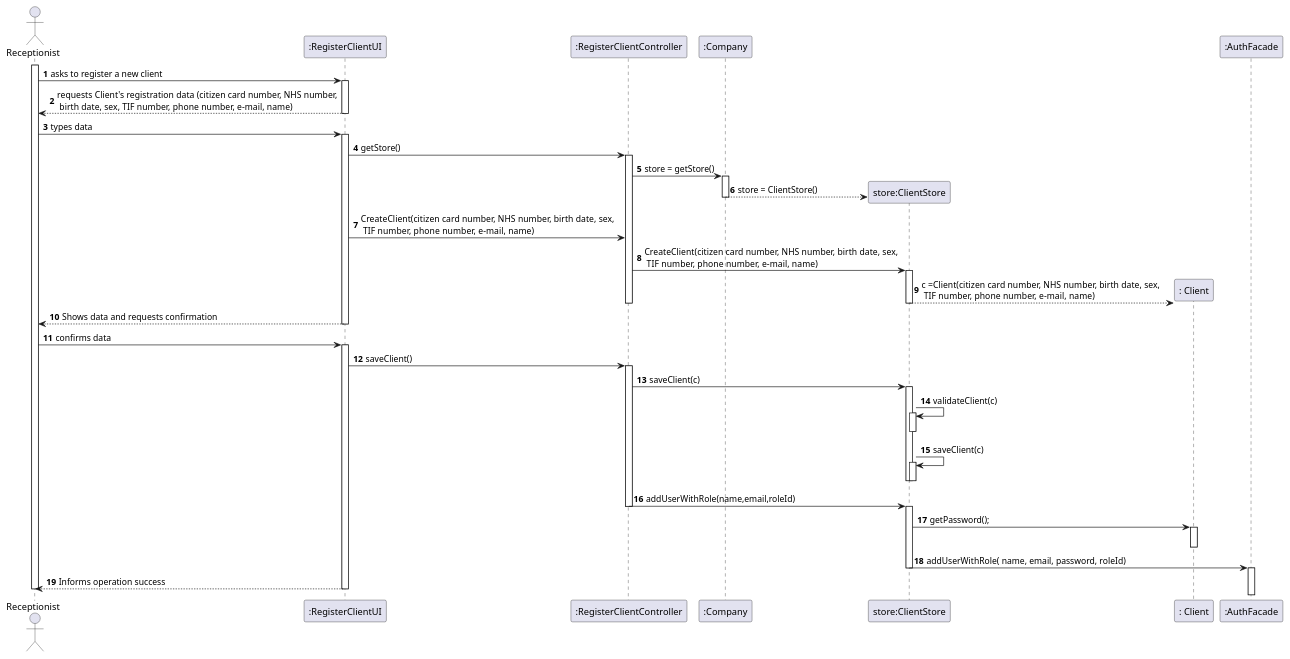
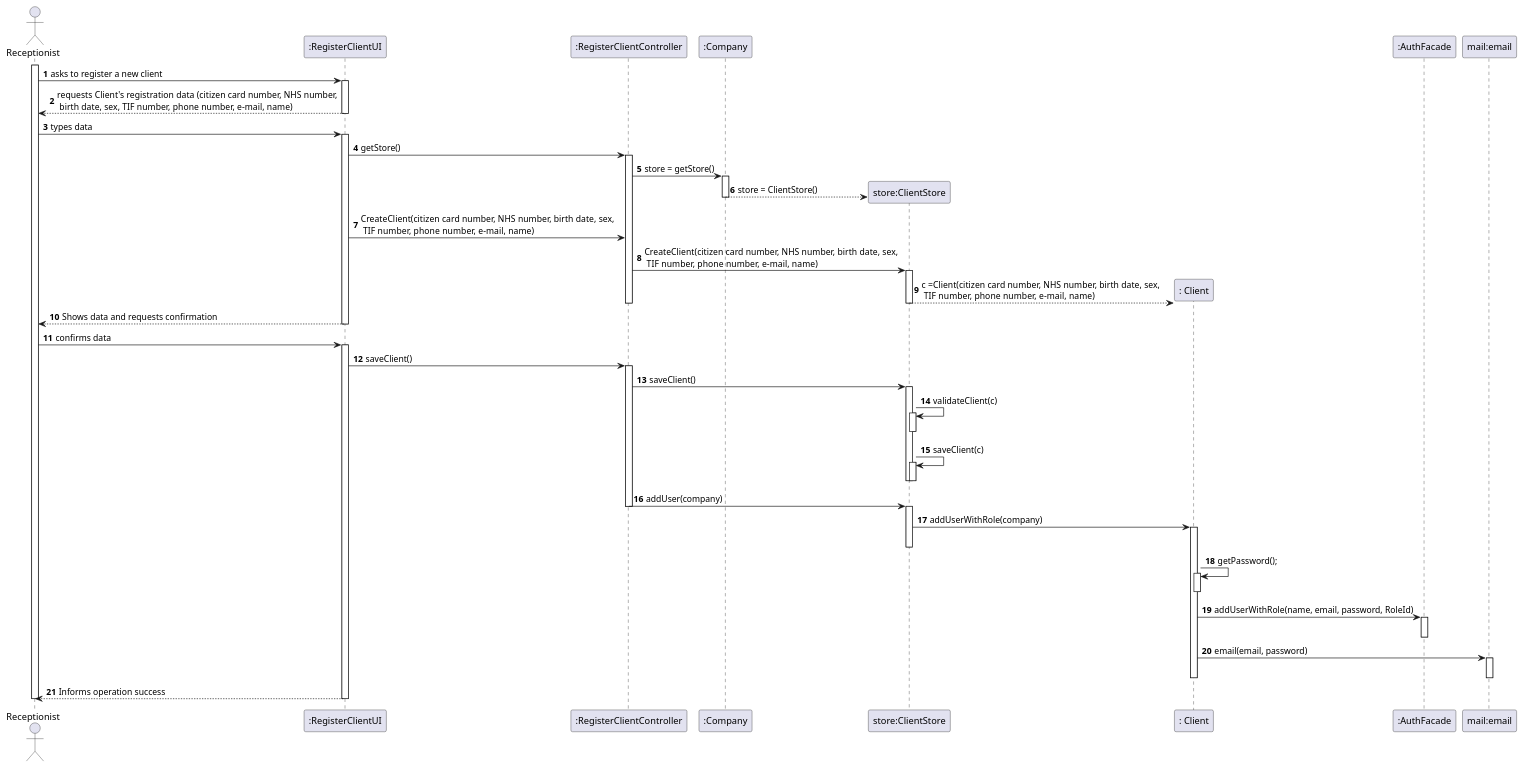
One commit to MarianaCLages/LAPR2 changed the diagram in docs/SprintB/US03/US3_SD.puml. Above: the diagram before and after it, drawn with PlantUML. The commit also changed 22 other files, not shown here.

Commit message:
US3 addUser, ClientStore and tests

```diff
--- a/docs/SprintB/US03/US3_SD.puml
+++ b/docs/SprintB/US03/US3_SD.puml
@@ -1,73 +1,78 @@
 @startuml
 autonumber
 
 actor Receptionist as R
 participant ":RegisterClientUI" as UI
 participant ":RegisterClientController" as CTRL
 participant ":Company" as COMPANY
 participant "store:ClientStore" as S
 participant ": Client" as C
 participant ":AuthFacade" as AUTH
+participant "mail:email" as mail
 
 activate R
 R -> UI: asks to register a new client
 activate UI
 
 
 UI --> R: requests Client's registration data (citizen card number, NHS number,\n birth date, sex, TIF number, phone number, e-mail, name)
 
 deactivate UI
 R -> UI: types data
 activate UI
 UI -> CTRL : getStore()
 activate CTRL
 CTRL -> COMPANY: store = getStore()
 activate COMPANY
 COMPANY --> S**: store = ClientStore()
 deactivate COMPANY
 CTRL <- UI: CreateClient(citizen card number, NHS number, birth date, sex,\n TIF number, phone number, e-mail, name)
 CTRL -> S:CreateClient(citizen card number, NHS number, birth date, sex,\n TIF number, phone number, e-mail, name)
 activate S
 S --> C**: c =Client(citizen card number, NHS number, birth date, sex,\n TIF number, phone number, e-mail, name)
 
 deactivate S
 
 
 deactivate CTRL
 
 R <-- UI: Shows data and requests confirmation
 deactivate UI
 R -> UI: confirms data
 activate UI
 UI-> CTRL : saveClient()
 activate CTRL
-CTRL -> S: saveClient(c)
+CTRL -> S: saveClient()
 activate S
 S -> S : validateClient(c)
 activate S
 deactivate S
 S -> S : saveClient(c)
 activate S
 deactivate S
 deactivate S
 
-CTRL -> S : addUserWithRole(name,email,roleId)
+CTRL -> S : addUser(company)
 deactivate CTRL
 
 activate S
-S -> C : getPassword();
+S -> C :addUserWithRole(company)
+activate C
+deactivate S
+
+C -> C : getPassword();
 activate C
 deactivate C
-
-S -> AUTH :addUserWithRole( name, email, password, roleId)
-deactivate S
-
+C -> AUTH :addUserWithRole(name, email, password, RoleId)
 activate AUTH
 deactivate AUTH
-
+C -> mail : email(email, password)
+activate mail
+deactivate mail
+deactivate C
 
 UI --> R : Informs operation success
 deactivate UI
 deactivate R
 
 @enduml
```
